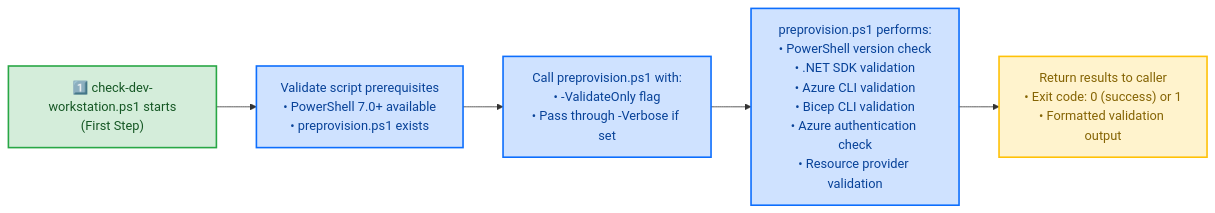
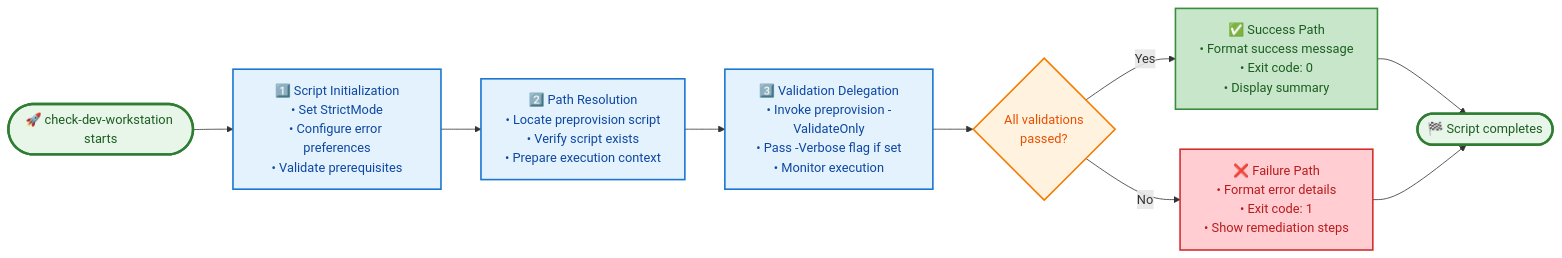
The diagram in hooks/check-dev-workstation.md (Evilazaro/Azure-LogicApps-Monitoring), drawn with Mermaid before and after one commit. The commit also changed other lines of this file, not shown here.

Commit message:
docs: Enhance check-dev-workstation documentation with detailed overview and expanded Table of Contents

````diff
--- a/hooks/check-dev-workstation.md
+++ b/hooks/check-dev-workstation.md
@@ -265,16 +284,32 @@
 ```mermaid
 flowchart LR
-    Start["1️⃣ check-dev-workstation.ps1 starts<br/>(First Step)"]
-    Start --> Validate["Validate script prerequisites<br/>• PowerShell 7.0+ available<br/>• preprovision.ps1 exists"]
-    Validate --> Call["Call preprovision.ps1 with:<br/>• -ValidateOnly flag<br/>• Pass through -Verbose if set"]
-    Call --> Perform["preprovision.ps1 performs:<br/>• PowerShell version check<br/>• .NET SDK validation<br/>• Azure CLI validation<br/>• Bicep CLI validation<br/>• Azure authentication check<br/>• Resource provider validation"]
-    Perform --> Return["Return results to caller<br/>• Exit code: 0 (success) or 1<br/>• Formatted validation output"]
+    Start(["🚀 check-dev-workstation starts"])
+    Init["1️⃣ Script Initialization<br/>• Set StrictMode<br/>• Configure error preferences<br/>• Validate prerequisites"]
+    Path["2️⃣ Path Resolution<br/>• Locate preprovision script<br/>• Verify script exists<br/>• Prepare execution context"]
+    Delegate["3️⃣ Validation Delegation<br/>• Invoke preprovision -ValidateOnly<br/>• Pass -Verbose flag if set<br/>• Monitor execution"]
+    Check{"All validations<br/>passed?"}
+    Success["✅ Success Path<br/>• Format success message<br/>• Exit code: 0<br/>• Display summary"]
+    Failure["❌ Failure Path<br/>• Format error details<br/>• Exit code: 1<br/>• Show remediation steps"]
+    End(["🏁 Script completes"])
     
-    classDef startClass fill:#d4edda,stroke:#28a745,stroke-width:2px,color:#155724
-    classDef processClass fill:#cfe2ff,stroke:#0d6efd,stroke-width:2px,color:#084298
-    classDef returnClass fill:#fff3cd,stroke:#ffc107,stroke-width:2px,color:#856404
+    Start --> Init
+    Init --> Path
+    Path --> Delegate
+    Delegate --> Check
+    Check -->|Yes| Success
+    Check -->|No| Failure
+    Success --> End
+    Failure --> End
     
-    class Start startClass
-    class Validate,Call,Perform processClass
-    class Return returnClass
+    classDef startEnd fill:#e8f5e9,stroke:#2e7d32,stroke-width:3px,color:#1b5e20
+    classDef process fill:#e3f2fd,stroke:#1976d2,stroke-width:2px,color:#0d47a1
+    classDef decision fill:#fff3e0,stroke:#f57c00,stroke-width:2px,color:#e65100
+    classDef success fill:#c8e6c9,stroke:#388e3c,stroke-width:2px,color:#1b5e20
+    classDef failure fill:#ffcdd2,stroke:#d32f2f,stroke-width:2px,color:#b71c1c
+    
+    class Start,End startEnd
+    class Init,Path,Delegate process
+    class Check decision
+    class Success success
+    class Failure failure
 ```
````
